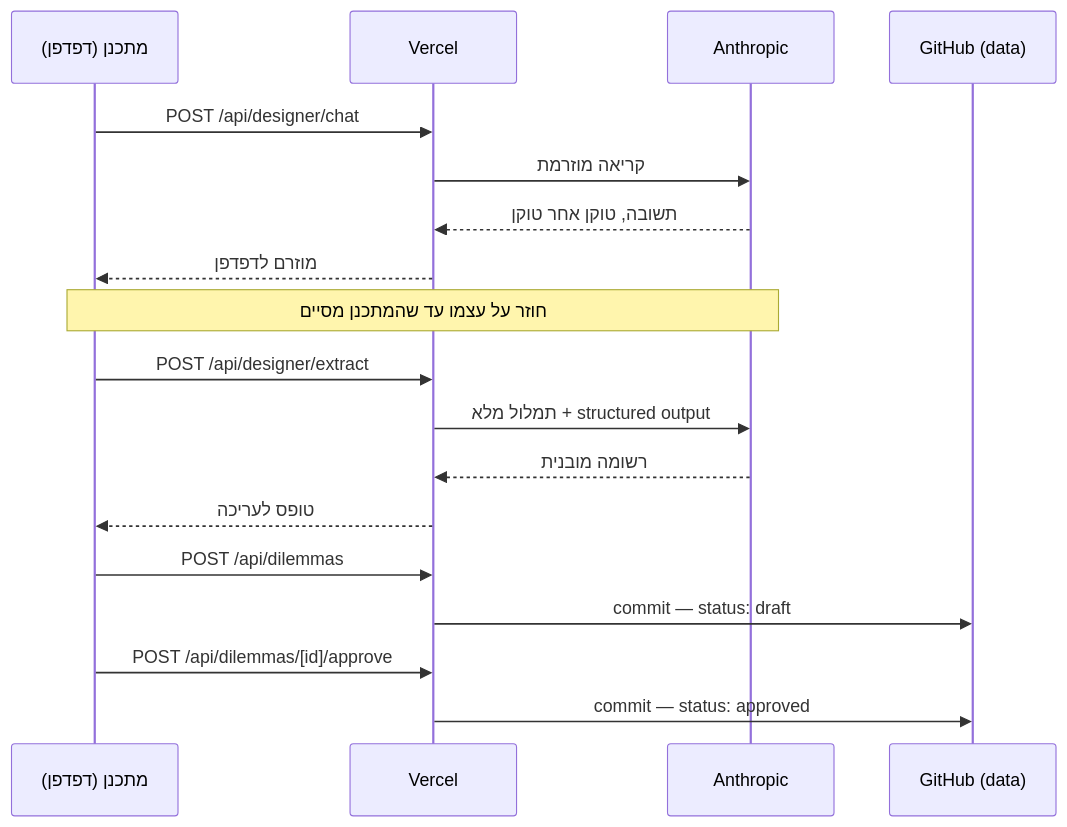
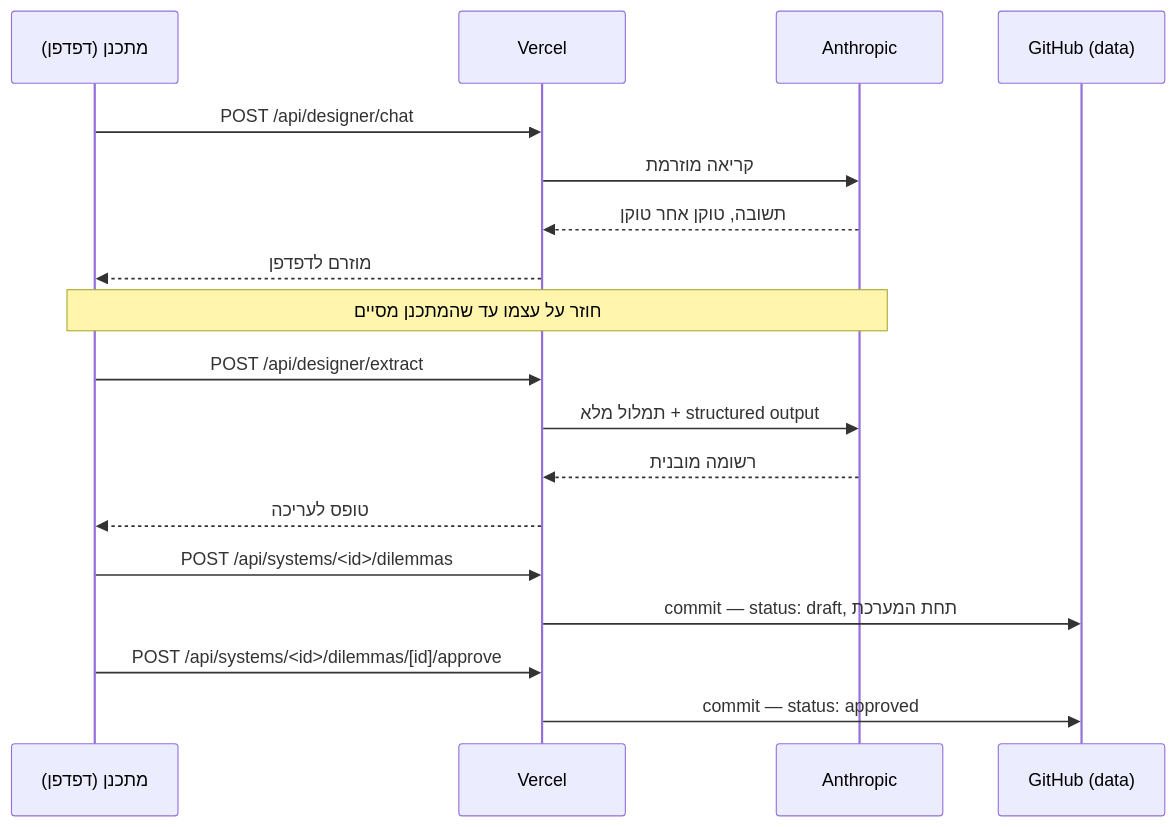
The second of 3 diagrams in ARCHITECTURE.md (nimrodekel-hub/AD_SIMULATOR), drawn with Mermaid before and after one commit. The commit also changed other lines of this file, not shown here.

Commit message:
Multi-system: update the architecture reference for per-system storage and scoping

````diff
--- a/ARCHITECTURE.md
+++ b/ARCHITECTURE.md
@@ -197,24 +225,24 @@
 ```mermaid
 sequenceDiagram
     participant D as מתכנן (דפדפן)
     participant V as Vercel
     participant A as Anthropic
     participant G as GitHub (data)
 
     D->>V: POST /api/designer/chat
     V->>A: קריאה מוזרמת
     A-->>V: תשובה, טוקן אחר טוקן
     V-->>D: מוזרם לדפדפן
     Note over D,A: חוזר על עצמו עד שהמתכנן מסיים
 
     D->>V: POST /api/designer/extract
     V->>A: תמלול מלא + structured output
     A-->>V: רשומה מובנית
     V-->>D: טופס לעריכה
 
-    D->>V: POST /api/dilemmas
-    V->>G: commit — status: draft
+    D->>V: POST /api/systems/<id>/dilemmas
+    V->>G: commit — status: draft, תחת המערכת
 
-    D->>V: POST /api/dilemmas/[id]/approve
+    D->>V: POST /api/systems/<id>/dilemmas/[id]/approve
     V->>G: commit — status: approved
 ```
````
